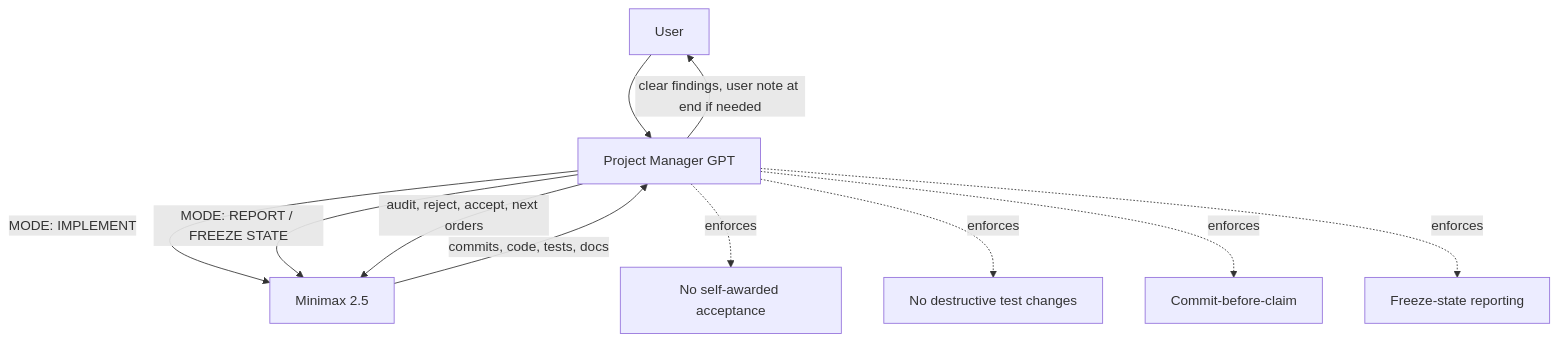
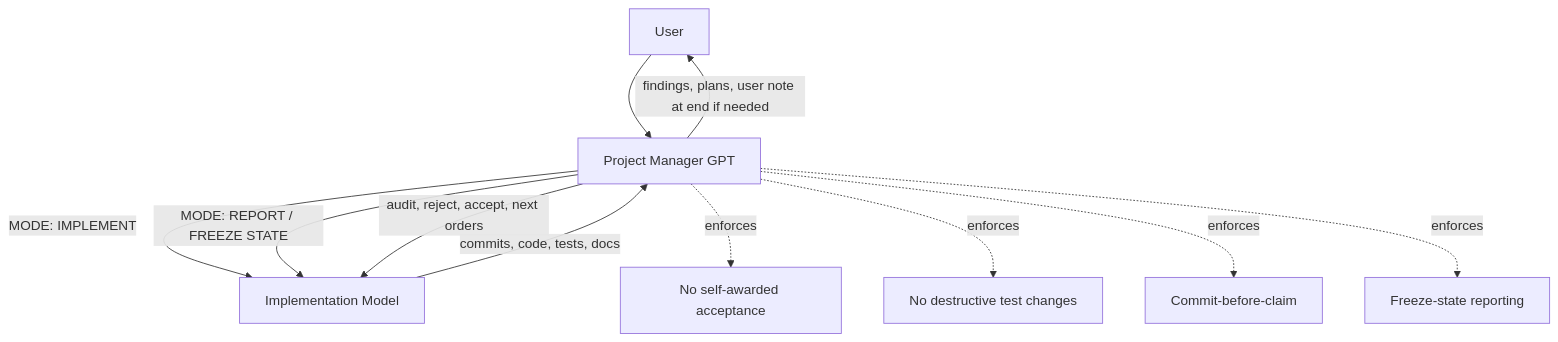
The first of 4 diagrams in docs/maestro_minimax_project_manager_handoff.md (novelbytelabs/ArqonMaestro), drawn with Mermaid before and after one commit. The commit also changed other lines of this file and 20 other files, not shown here.

Commit message:
feat(audio): implement patch 3 silero shadow mode and turn events

````diff
--- a/docs/maestro_minimax_project_manager_handoff.md
+++ b/docs/maestro_minimax_project_manager_handoff.md
@@ -890,14 +734,14 @@
 ```mermaid
 flowchart TD
     U[User] --> PM[Project Manager GPT]
-    PM -->|MODE: IMPLEMENT| M[Minimax 2.5]
-    PM -->|MODE: REPORT / FREEZE STATE| M
-    M -->|commits, code, tests, docs| PM
-    PM -->|audit, reject, accept, next orders| M
-    PM -->|clear findings, user note at end if needed| U
+    PM -->|MODE: IMPLEMENT| IM[Implementation Model]
+    PM -->|MODE: REPORT / FREEZE STATE| IM
+    IM -->|commits, code, tests, docs| PM
+    PM -->|audit, reject, accept, next orders| IM
+    PM -->|findings, plans, user note at end if needed| U
 
     PM -. enforces .-> R1[No self-awarded acceptance]
     PM -. enforces .-> R2[No destructive test changes]
     PM -. enforces .-> R3[Commit-before-claim]
     PM -. enforces .-> R4[Freeze-state reporting]
 ```
````
